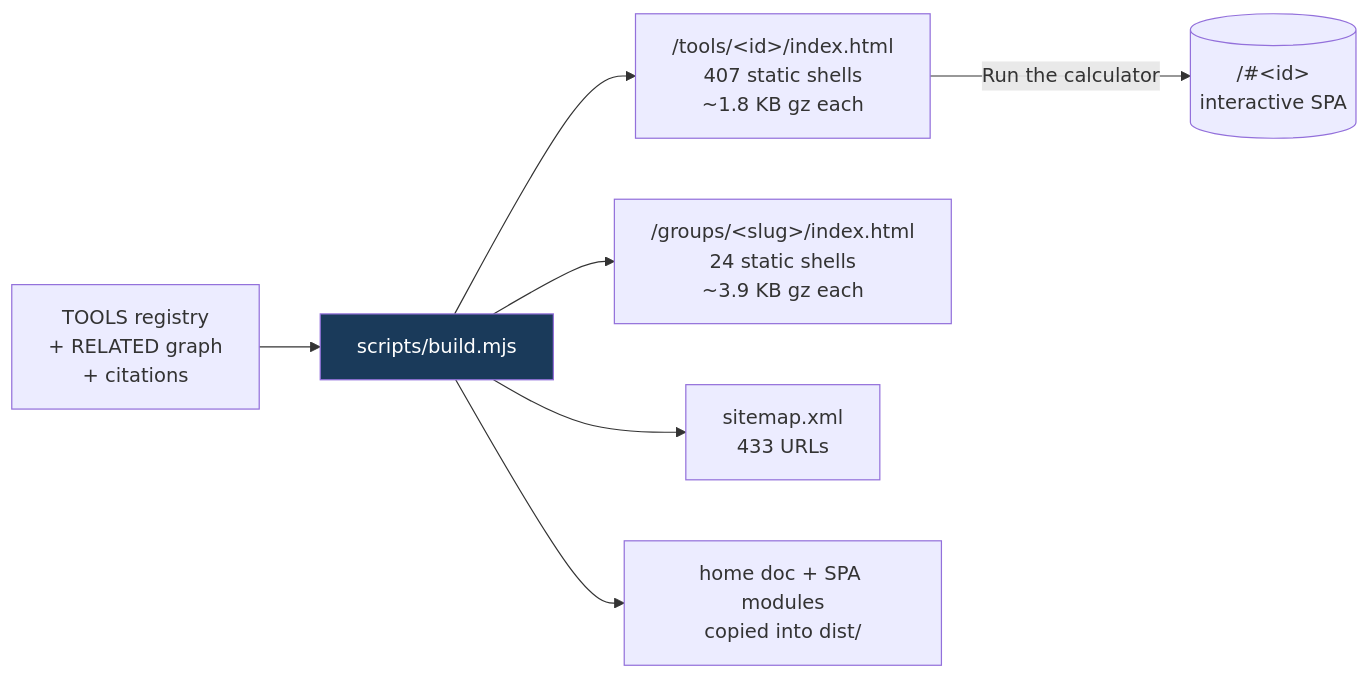
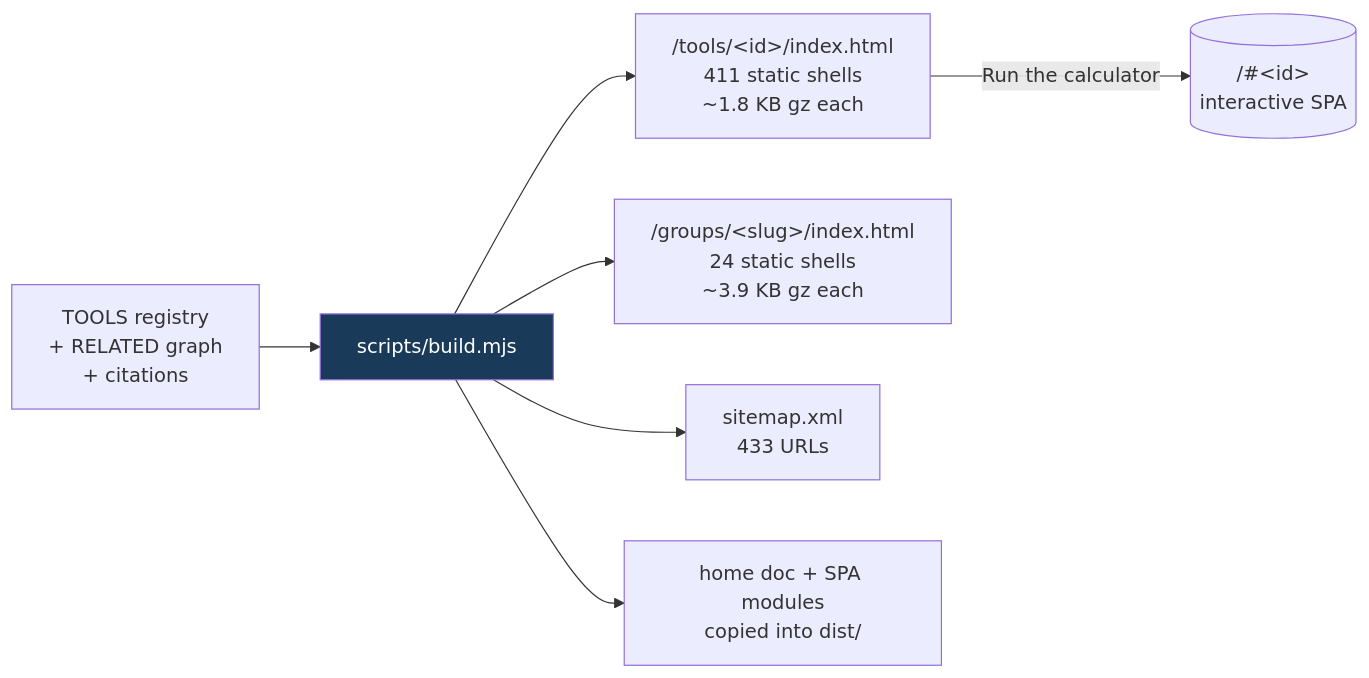
The third of 5 diagrams in README.md (clay-good/roughlogic.com), drawn with Mermaid before and after one commit. The commit also changed other lines of this file and 19 other files, not shown here.

````diff
--- a/README.md
+++ b/README.md
@@ -182,10 +182,10 @@
 ```mermaid
 flowchart LR
     SRC[TOOLS registry\n+ RELATED graph\n+ citations] --> BUILD[scripts/build.mjs]
-    BUILD --> TILE["/tools/&lt;id&gt;/index.html\n407 static shells\n~1.8 KB gz each"]
+    BUILD --> TILE["/tools/&lt;id&gt;/index.html\n411 static shells\n~1.8 KB gz each"]
     BUILD --> GROUP["/groups/&lt;slug&gt;/index.html\n24 static shells\n~3.9 KB gz each"]
     BUILD --> MAP["sitemap.xml\n433 URLs"]
     BUILD --> COPY[home doc + SPA modules\ncopied into dist/]
     TILE -->|Run the calculator| SPA[("/#&lt;id&gt;\ninteractive SPA")]
     style BUILD fill:#1a3a5a,color:#fff
 ```
````
